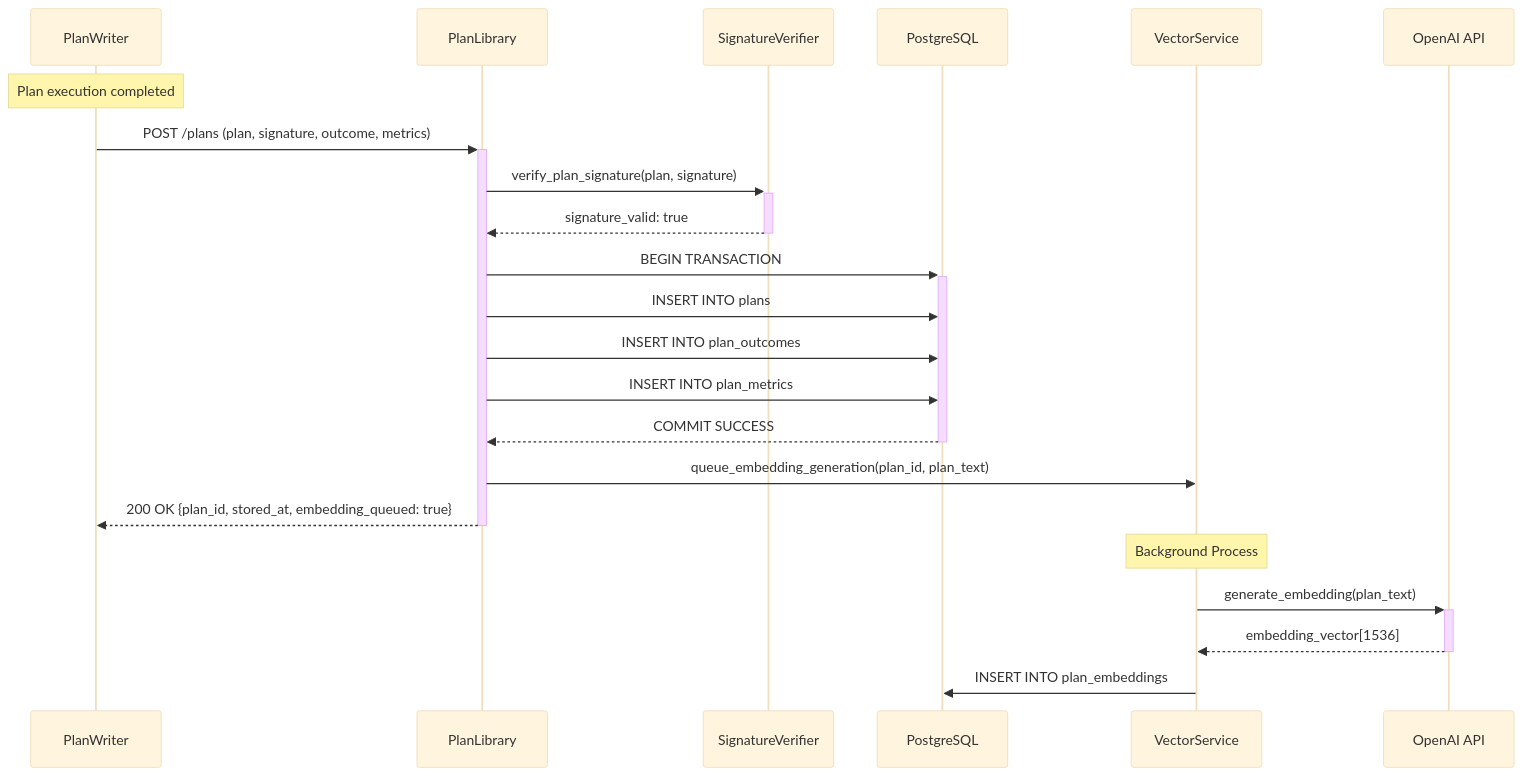
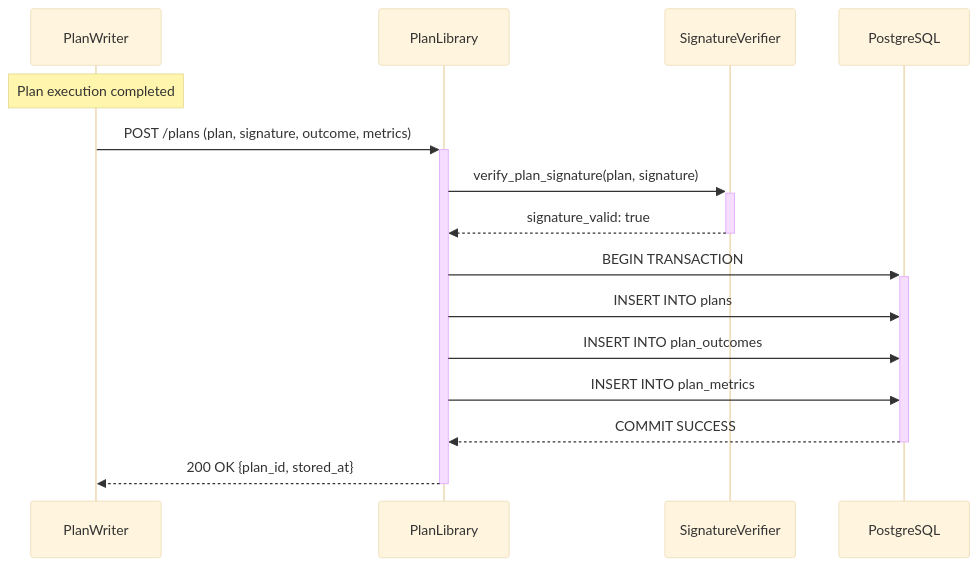
One commit to AnantshreeChandola/Aexor changed the seventh of 8 diagrams in components/PlanLibrary/diagrams/flow.md. Above: the diagram before and after it, drawn with Mermaid (base theme). The commit also changed other lines of this file and 38 other files, not shown here.

````diff
--- a/components/PlanLibrary/diagrams/flow.md
+++ b/components/PlanLibrary/diagrams/flow.md
@@ -214,28 +197,20 @@
 ```mermaid
 sequenceDiagram
     participant PW as PlanWriter
     participant PL as PlanLibrary
     participant SV as SignatureVerifier
     participant DB as PostgreSQL
-    participant VS as VectorService
-    participant OAI as OpenAI API
-    
+
     Note over PW: Plan execution completed
     PW->>+PL: POST /plans (plan, signature, outcome, metrics)
     PL->>+SV: verify_plan_signature(plan, signature)
     SV-->>-PL: signature_valid: true
-    
+
     PL->>+DB: BEGIN TRANSACTION
     PL->>DB: INSERT INTO plans
-    PL->>DB: INSERT INTO plan_outcomes  
+    PL->>DB: INSERT INTO plan_outcomes
     PL->>DB: INSERT INTO plan_metrics
     DB-->>-PL: COMMIT SUCCESS
-    
-    PL->>VS: queue_embedding_generation(plan_id, plan_text)
-    PL-->>-PW: 200 OK {plan_id, stored_at, embedding_queued: true}
-    
-    Note over VS: Background Process
-    VS->>+OAI: generate_embedding(plan_text)
-    OAI-->>-VS: embedding_vector[1536]
-    VS->>DB: INSERT INTO plan_embeddings
+
+    PL-->>-PW: 200 OK {plan_id, stored_at}
 ```
````
